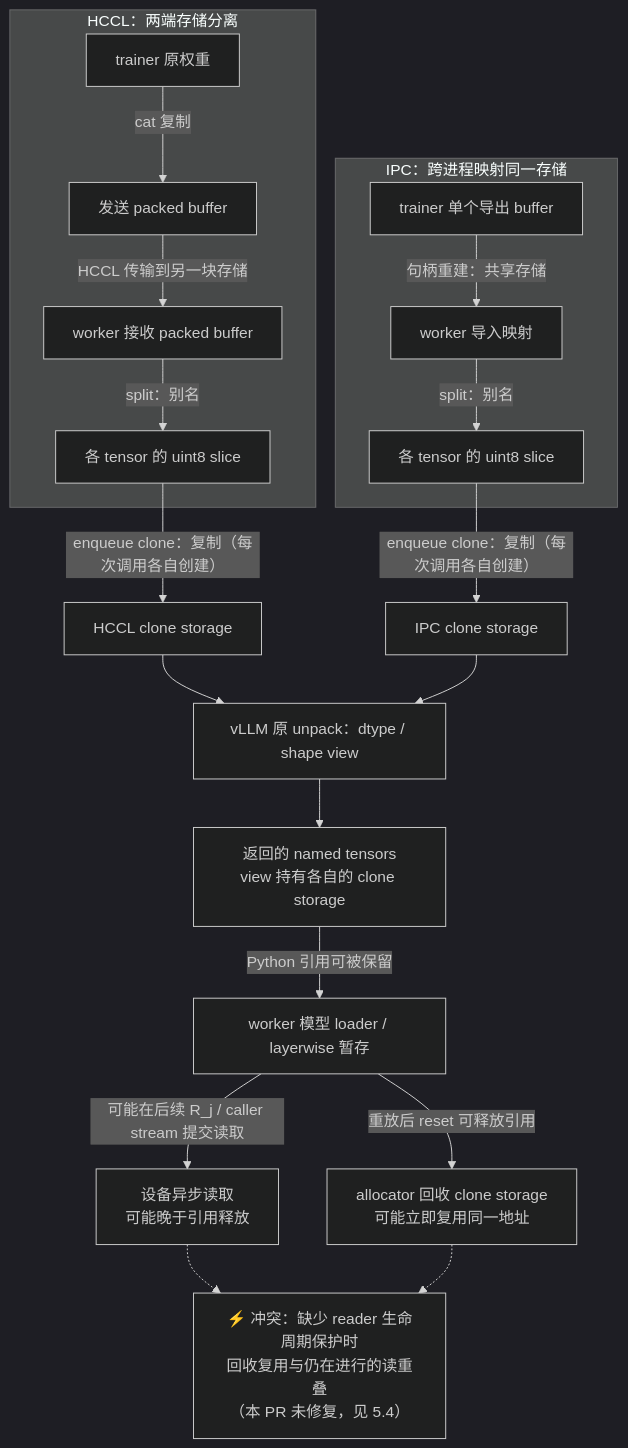
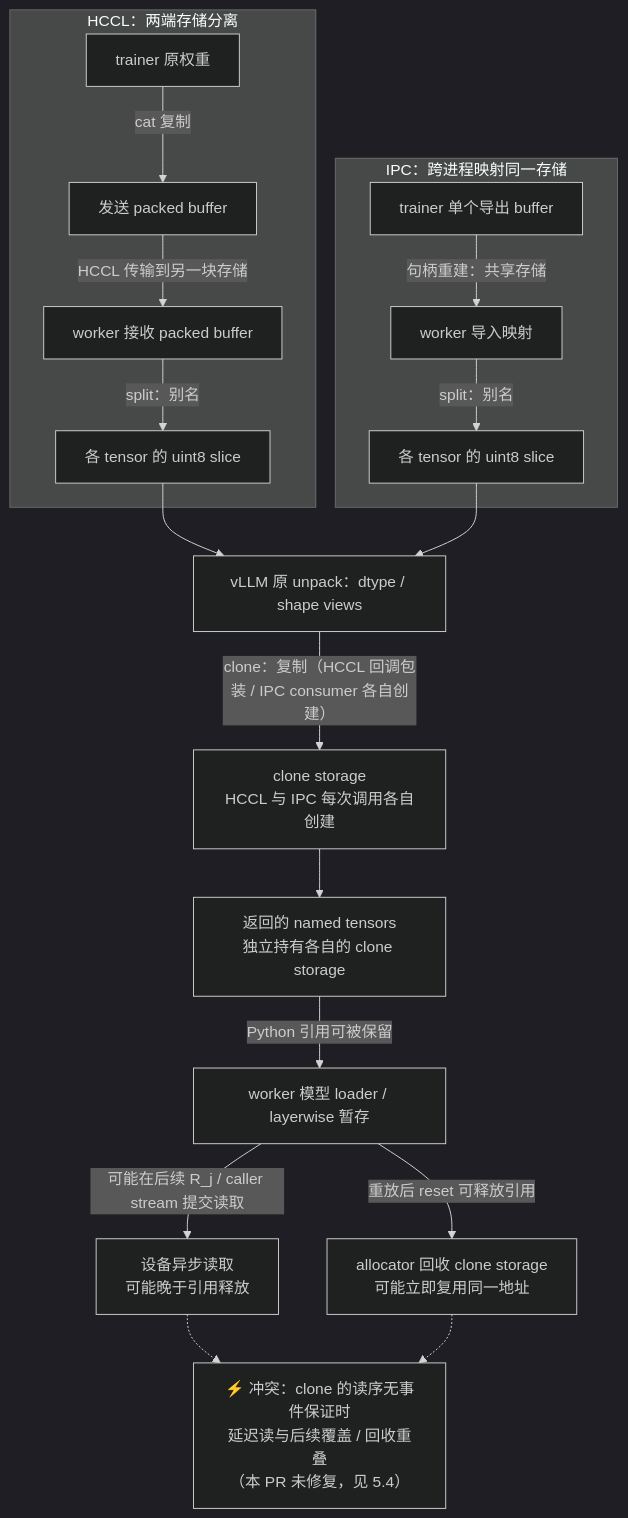
Before and after one commit to Liccol/ref-doc: the seventh of 9 diagrams in vllm/weight-transfer/packed-tensor-design.md, drawn with Mermaid (dark theme). The commit also changed other lines of this file and 3 other files, not shown here.

First line of the commit message:
docs: redesign owning storage via post-unpack wrapper v1.0.7

````diff
--- a/vllm/weight-transfer/packed-tensor-design.md
+++ b/vllm/weight-transfer/packed-tensor-design.md
@@ -306,22 +302,21 @@
 ```mermaid
 flowchart TB
     subgraph HC[HCCL：两端存储分离]
         SRC[trainer 原权重] -->|cat 复制| SEND[发送 packed buffer]
         SEND -->|HCCL 传输到另一块存储| RECV[worker 接收 packed buffer]
         RECV -->|split：别名| RAW[各 tensor 的 uint8 slice]
     end
     subgraph IPC[IPC：跨进程映射同一存储]
         EXPORT[trainer 单个导出 buffer] -->|句柄重建：共享存储| IMPORT[worker 导入映射]
         IMPORT -->|split：别名| IRAW[各 tensor 的 uint8 slice]
     end
-    RAW -->|"enqueue clone：复制（每次调用各自创建）"| CLONEH[HCCL clone storage]
-    IRAW -->|"enqueue clone：复制（每次调用各自创建）"| CLONEI[IPC clone storage]
-    CLONEH --> UNPACK[vLLM 原 unpack：dtype / shape view]
-    CLONEI --> UNPACK
-    UNPACK --> TENSOR[返回的 named tensors<br/>view 持有各自的 clone storage]
+    RAW --> UNPACK[vLLM 原 unpack：dtype / shape views]
+    IRAW --> UNPACK
+    UNPACK -->|"clone：复制（HCCL 回调包装 / IPC consumer 各自创建）"| CLONE[clone storage<br/>HCCL 与 IPC 每次调用各自创建]
+    CLONE --> TENSOR[返回的 named tensors<br/>独立持有各自的 clone storage]
     TENSOR -->|Python 引用可被保留| LOADER[worker 模型 loader / layerwise 暂存]
     LOADER -->|可能在后续 R_j / caller stream 提交读取| READ[设备异步读取<br/>可能晚于引用释放]
     LOADER -->|重放后 reset 可释放引用| FREE[allocator 回收 clone storage<br/>可能立即复用同一地址]
-    READ -.-> RISK["⚡ 冲突：缺少 reader 生命周期保护时<br/>回收复用与仍在进行的读重叠<br/>（本 PR 未修复，见 5.4）"]
+    READ -.-> RISK["⚡ 冲突：clone 的读序无事件保证时<br/>延迟读与后续覆盖 / 回收重叠<br/>（本 PR 未修复，见 5.4）"]
     FREE -.-> RISK
 ```
````
